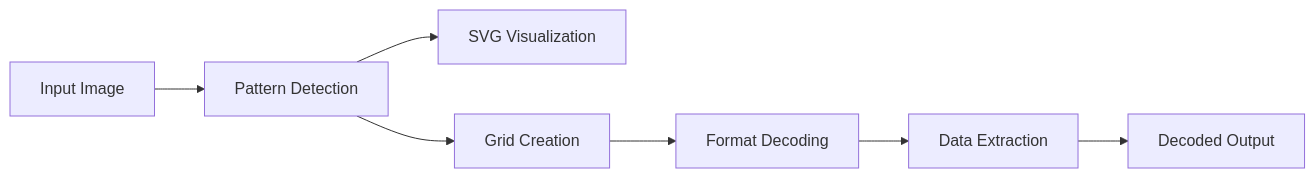
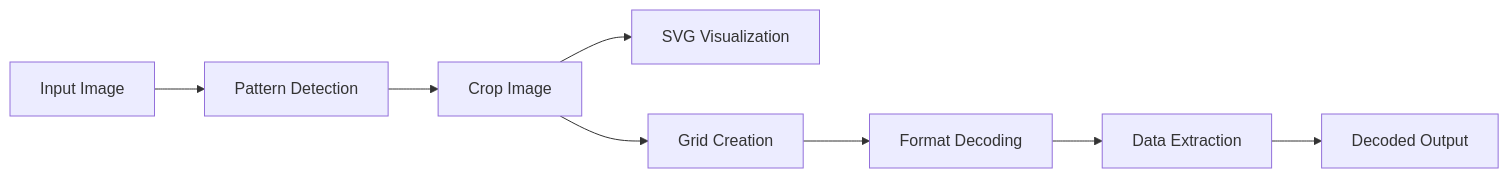
Before and after one commit to omarabdiwali/qr-code-decoder: the diagram in README.md, drawn with Mermaid. The commit also changed other lines of this file and 1 other file, not shown here.

Commit message:
added eci encoding

````diff
--- a/README.md
+++ b/README.md
@@ -61,9 +62,10 @@
 ```mermaid
 graph LR
 A[Input Image] --> B[Pattern Detection]
-B --> C[SVG Visualization]
-B --> D[Grid Creation]
-D --> E[Format Decoding]
-E --> F[Data Extraction]
-F --> G[Decoded Output]
+B --> C[Crop Image]
+C --> D[SVG Visualization]
+C --> E[Grid Creation]
+E --> F[Format Decoding]
+F --> G[Data Extraction]
+G --> H[Decoded Output]
 ```
````
